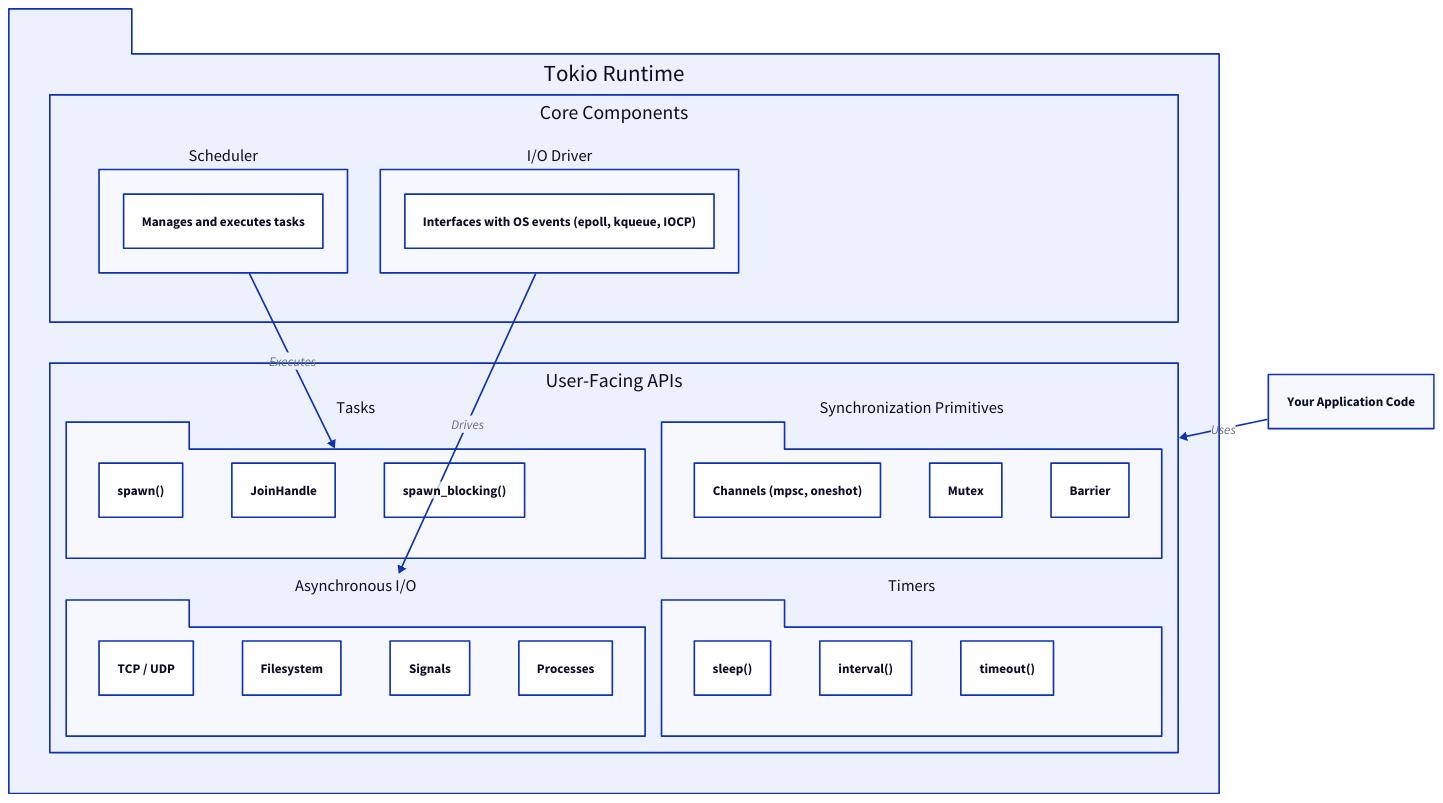
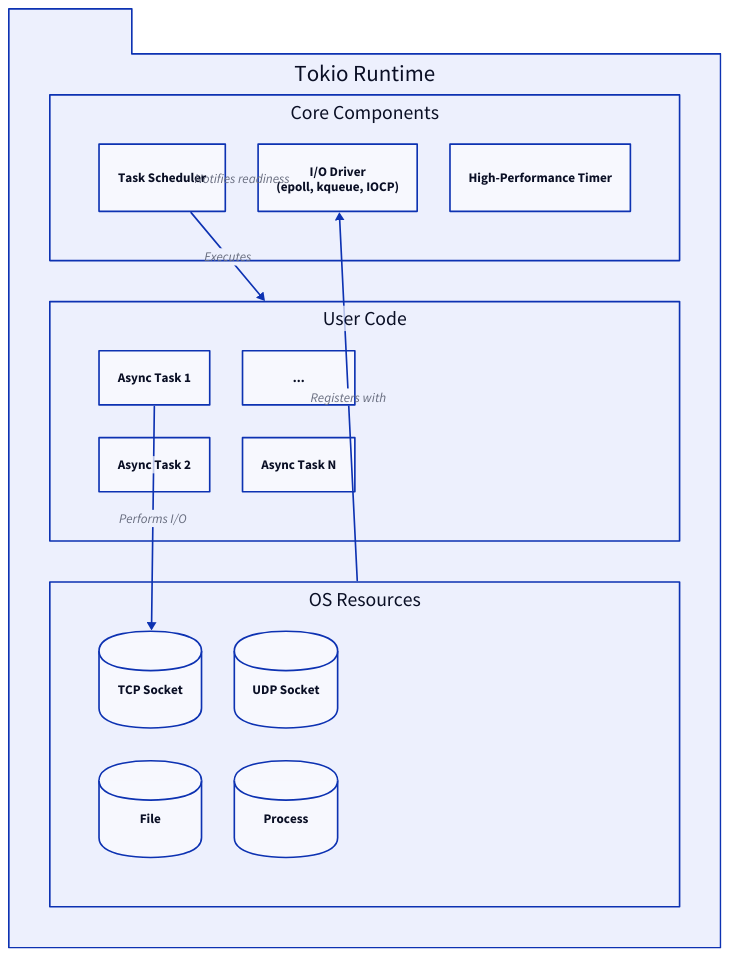
One commit to lban2049/tokio changed the diagram in .aigne/doc-smith/docs/concepts.md. Above: the diagram before and after it, drawn with D2. The commit also changed other lines of this file and 40 other files, not shown here.

````diff
--- a/.aigne/doc-smith/docs/concepts.md
+++ b/.aigne/doc-smith/docs/concepts.md
@@ -7,67 +7,69 @@
 ```d2
 direction: down
 
-"Tokio Runtime" {
+"Tokio-Runtime": {
+  label: "Tokio Runtime"
   shape: package
   grid-columns: 1
   grid-gap: 50
 
-  "Core Components" {
-    grid-columns: 2
+  "Core-Components": {
+    label: "Core Components"
+    shape: rectangle
+    grid-columns: 3
 
-    "Scheduler": {
-      shape: rectangle
-      "Manages and executes tasks"
+    Scheduler: {
+      label: "Task Scheduler"
     }
-
-    "I/O Driver": {
-      shape: rectangle
-      "Interfaces with OS events (epoll, kqueue, IOCP)"
+    "I-O-Driver": {
+      label: "I/O Driver\n(epoll, kqueue, IOCP)"
+    }
+    Timer: {
+      label: "High-Performance Timer"
     }
   }
 
-  "User-Facing APIs" {
+  "User-Code": {
+    label: "User Code"
+    shape: rectangle
     grid-columns: 2
-    grid-gap: 20
 
-    "Tasks": {
-      shape: package
-      "spawn()"
-      "JoinHandle"
-      "spawn_blocking()"
+    "Async-Task-1": {
+      label: "Async Task 1"
     }
-
-    "Asynchronous I/O": {
-      shape: package
-      "TCP / UDP"
-      "Filesystem"
-      "Signals"
-      "Processes"
+    "Async-Task-2": {
+      label: "Async Task 2"
     }
-
-    "Synchronization Primitives": {
-      shape: package
-      "Channels (mpsc, oneshot)"
-      "Mutex"
-      "Barrier"
-    }
-
-    "Timers": {
-      shape: package
-      "sleep()"
-      "interval()"
-      "timeout()"
+    "...": {}
+    "Async-Task-N": {
+      label: "Async Task N"
     }
   }
 
-  "Core Components".Scheduler -> "User-Facing APIs".Tasks: "Executes"
-  "Core Components"."I/O Driver" -> "User-Facing APIs"."Asynchronous I/O": "Drives"
+  "OS-Resources": {
+    label: "OS Resources"
+    shape: rectangle
+    grid-columns: 2
+
+    "TCP-Socket": { 
+      label: "TCP Socket"
+      shape: cylinder 
+    }
+    File: { 
+      shape: cylinder 
+    }
+    "UDP-Socket": { 
+      label: "UDP Socket"
+      shape: cylinder 
+    }
+    Process: { 
+      shape: cylinder 
+    }
+  }
+
+  "Core-Components".Scheduler -> "User-Code": "Executes"
+  "User-Code"."Async-Task-1" -> "OS-Resources"."TCP-Socket": "Performs I/O"
+  "OS-Resources" -> "Core-Components"."I-O-Driver": "Registers with"
+  "Core-Components"."I-O-Driver" -> "Core-Components".Scheduler: "Notifies readiness"
 }
-
-"Your Application Code" {
-  shape: rectangle
-}
-
-"Your Application Code" -> "Tokio Runtime"."User-Facing APIs": "Uses"
-
 ```
````
